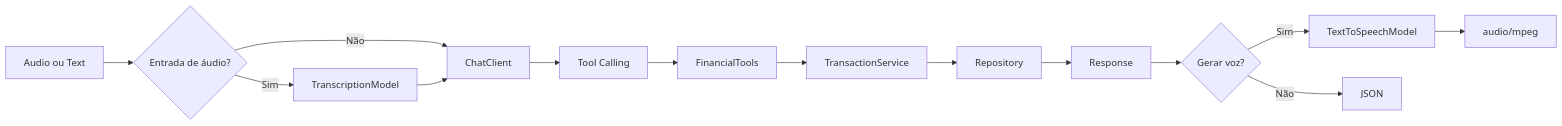
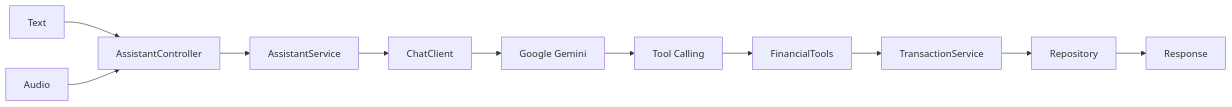
One commit to PedroseleT/finvoice-api changed the diagram in README.md. Above: the diagram before and after it, drawn with Mermaid. The commit also changed other lines of this file and 10 other files, not shown here.

Commit message:
feat: integra google gemini com spring ai

````diff
--- a/README.md
+++ b/README.md
@@ -57,16 +58,14 @@
 ```mermaid
 flowchart LR
-    A[Audio ou Text] --> B{Entrada de áudio?}
-    B -->|Sim| C[TranscriptionModel]
-    B -->|Não| D[ChatClient]
-    C --> D
-    D --> E[Tool Calling]
-    E --> F[FinancialTools]
-    F --> G[TransactionService]
-    G --> H[Repository]
-    H --> I[Response]
-    I --> J{Gerar voz?}
-    J -->|Sim| K[TextToSpeechModel]
-    J -->|Não| L[JSON]
-    K --> M[audio/mpeg]
+    A[Text] --> B[AssistantController]
+    B --> C[AssistantService]
+    C --> D[ChatClient]
+    D --> E[Google Gemini]
+    E --> F[Tool Calling]
+    F --> G[FinancialTools]
+    G --> H[TransactionService]
+    H --> I[Repository]
+    I --> J[Response]
+
+    K[Audio] --> B
 ```
````
